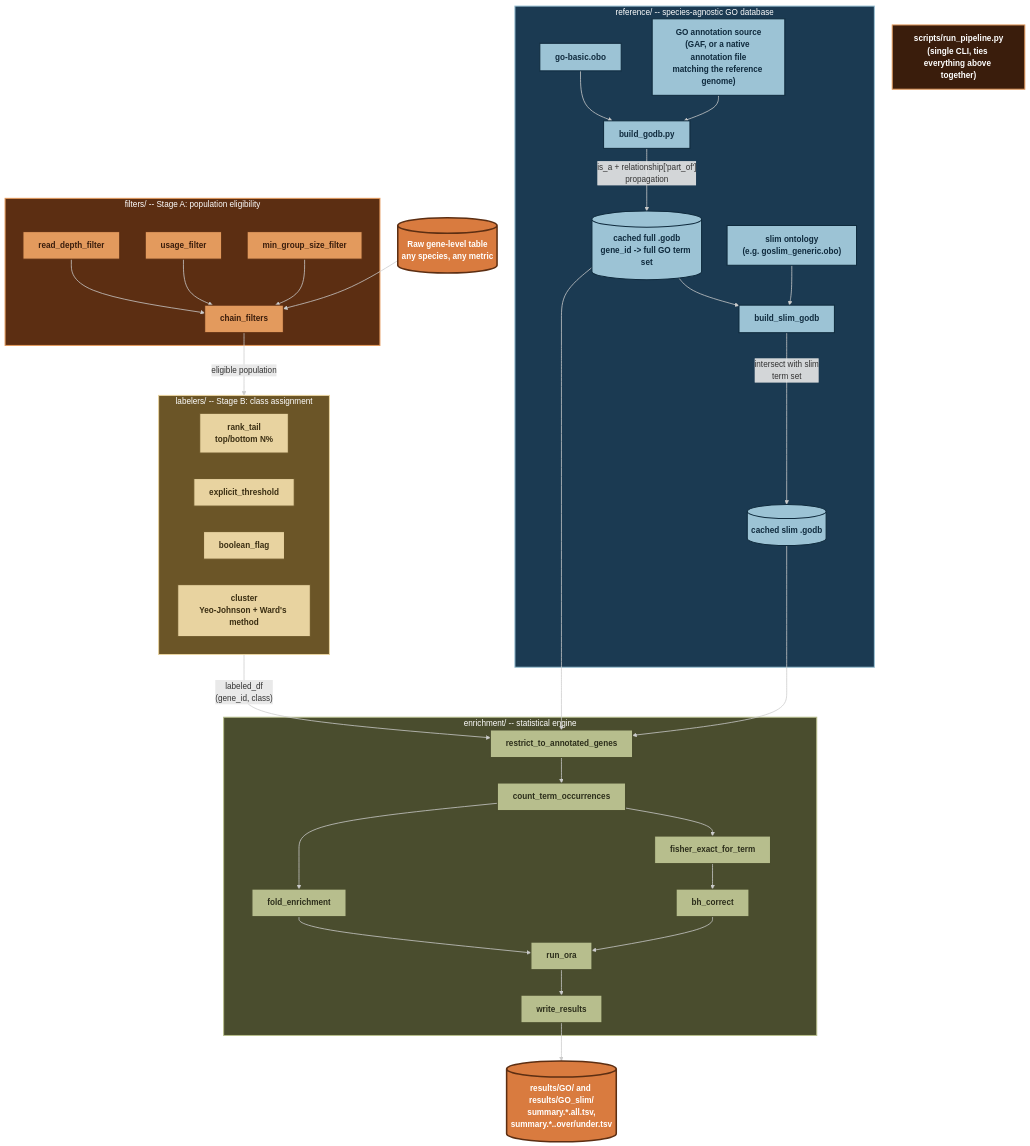
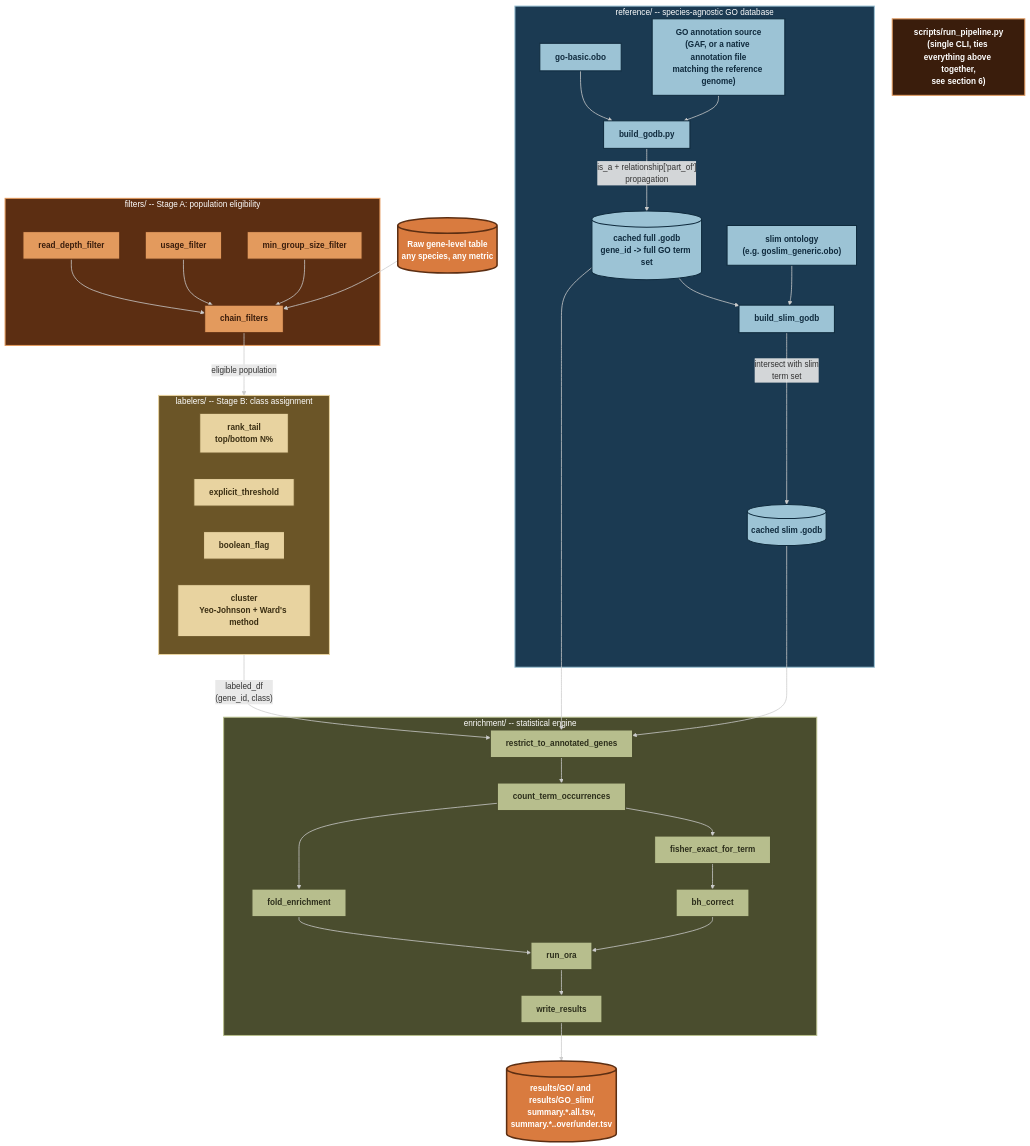
Before and after one commit to ih-11/go-gsea: the diagram in README.md, drawn with Mermaid. The commit also changed other lines of this file and 1 other file, not shown here.

````diff
--- a/README.md
+++ b/README.md
@@ -224,70 +260,70 @@
 ```mermaid
 flowchart TD
     subgraph REF["reference/ -- species-agnostic GO database"]
         A1[go-basic.obo] --> B1[build_godb.py]
         A2["GO annotation source<br/>(GAF, or a native annotation file<br/>matching the reference genome)"] --> B1
         B1 -->|"is_a + relationship['part_of']<br/>propagation"| C1[("cached full .godb<br/>gene_id -> full GO term set")]
         A3["slim ontology<br/>(e.g. goslim_generic.obo)"] --> B2[build_slim_godb]
         C1 --> B2
         B2 -->|"intersect with slim<br/>term set"| C2[("cached slim .godb")]
     end
 
     subgraph FILT["filters/ -- Stage A: population eligibility"]
         D1[read_depth_filter]
         D2[usage_filter]
         D3[min_group_size_filter]
         D1 --> D4[chain_filters]
         D2 --> D4
         D3 --> D4
     end
 
     subgraph LAB["labelers/ -- Stage B: class assignment"]
         E1["rank_tail<br/>top/bottom N%"]
         E2[explicit_threshold]
         E3[boolean_flag]
         E4["cluster<br/>Yeo-Johnson + Ward's method"]
     end
 
     subgraph ORA["enrichment/ -- statistical engine"]
         F1[restrict_to_annotated_genes]
         F2[count_term_occurrences]
         F3[fisher_exact_for_term]
         F4[fold_enrichment]
         F5[bh_correct]
         F1 --> F2 --> F3
         F2 --> F4
         F3 --> F5
         F5 --> F6[run_ora]
         F4 --> F6
         F6 --> F7[write_results]
     end
 
     G[("Raw gene-level table<br/>any species, any metric")] --> D4
     D4 -->|eligible population| LAB
     LAB -->|"labeled_df<br/>(gene_id, class)"| F1
     C1 --> F1
     C2 --> F1
     F7 --> H[("results/GO/ and results/GO_slim/<br/>summary.*.all.tsv,<br/>summary.*.<class>.over/under.tsv")]
-    S["scripts/run_pipeline.py<br/>(single CLI, ties everything above together)"]
+    S["scripts/run_pipeline.py<br/>(single CLI, ties everything above together,<br/>see section 6)"]
 
     classDef refNode fill:#9CC3D5,stroke:#0F2A3D,stroke-width:2px,color:#0F2A3D,font-weight:bold;
     classDef filtNode fill:#E39A5D,stroke:#5C2E12,stroke-width:2px,color:#3A1D0C,font-weight:bold;
     classDef labNode fill:#E8D3A0,stroke:#6B5527,stroke-width:2px,color:#3A2E12,font-weight:bold;
     classDef oraNode fill:#B7BE8D,stroke:#4A4D2E,stroke-width:2px,color:#2C2E1B,font-weight:bold;
     classDef dataNode fill:#D97B3F,stroke:#5C2E12,stroke-width:3px,color:#FFFFFF,font-weight:bold;
     classDef cliNode fill:#3A1D0C,stroke:#E39A5D,stroke-width:2px,color:#FFFFFF,font-weight:bold;
 
     class A1,A2,A3,B1,B2,C1,C2 refNode;
     class D1,D2,D3,D4 filtNode;
     class E1,E2,E3,E4 labNode;
     class F1,F2,F3,F4,F5,F6,F7 oraNode;
     class G,H dataNode;
     class S cliNode;
 
     style REF fill:#1B3A52,stroke:#9CC3D5,stroke-width:2px,color:#FFFFFF;
     style FILT fill:#5C2E12,stroke:#E39A5D,stroke-width:2px,color:#FFFFFF;
     style LAB fill:#6B5527,stroke:#E8D3A0,stroke-width:2px,color:#FFFFFF;
     style ORA fill:#4A4D2E,stroke:#B7BE8D,stroke-width:2px,color:#FFFFFF;
 
     linkStyle default stroke:#CCCCCC,stroke-width:1.5px;
 ```
````
